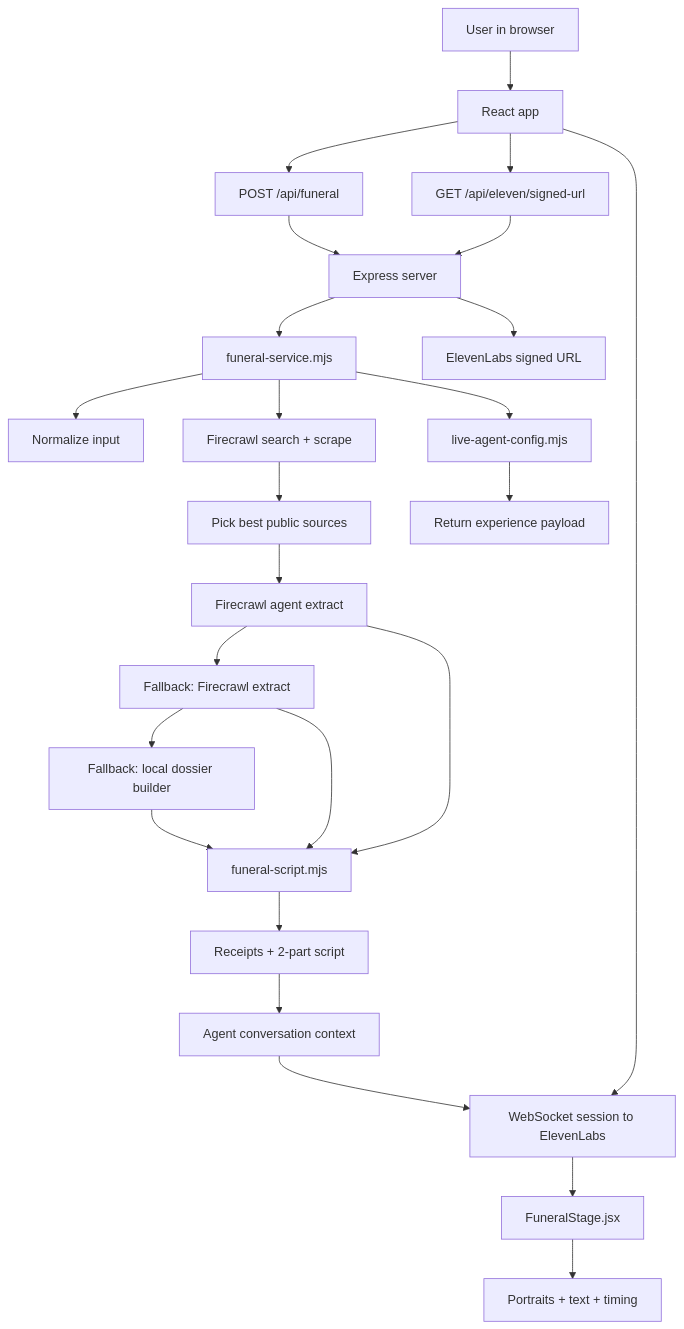
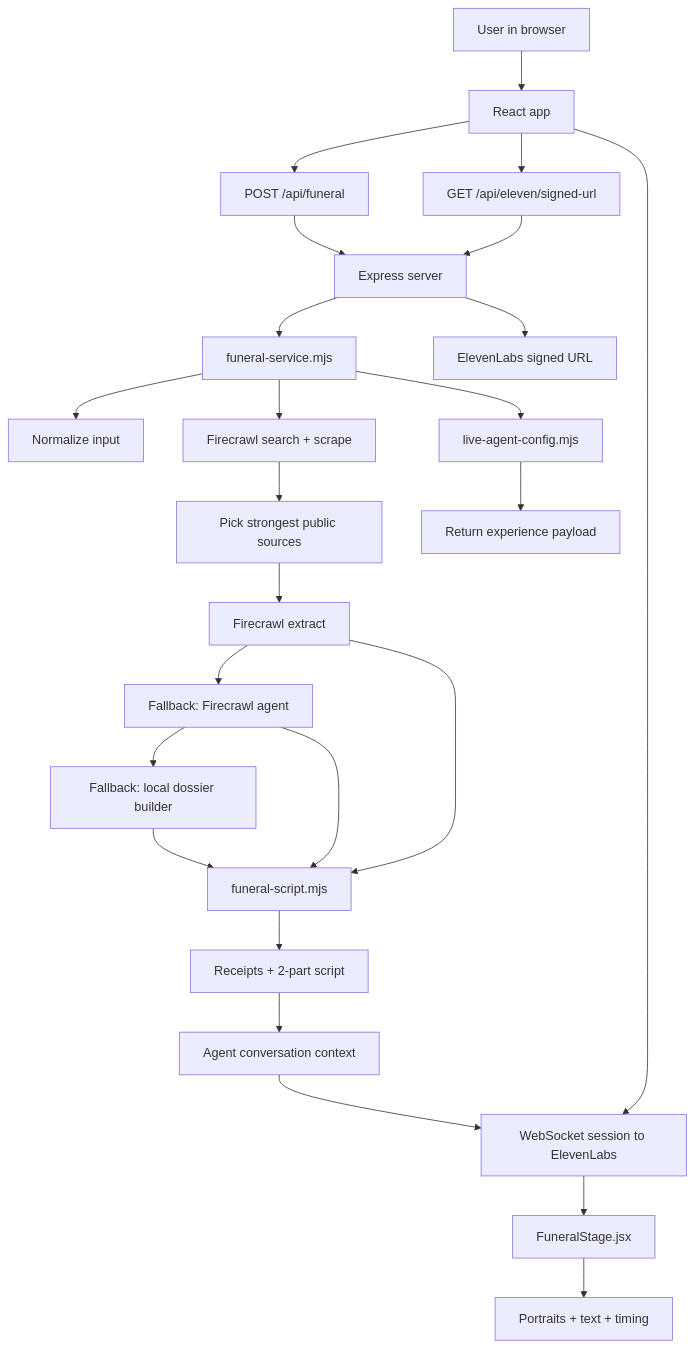
One commit to sivaratrisrinivas/roast changed the diagram in README.md. Above: the diagram before and after it, drawn with Mermaid. The commit also changed other lines of this file and 8 other files, not shown here.

````diff
--- a/README.md
+++ b/README.md
@@ -60,31 +67,31 @@
 ```mermaid
 flowchart TD
     A["User in browser"] --> B["React app"]
     B --> C["POST /api/funeral"]
     C --> D["Express server"]
     D --> E["funeral-service.mjs"]
 
     E --> F["Normalize input"]
     E --> G["Firecrawl search + scrape"]
-    G --> H["Pick best public sources"]
-    H --> I["Firecrawl agent extract"]
-    I --> J["Fallback: Firecrawl extract"]
+    G --> H["Pick strongest public sources"]
+    H --> I["Firecrawl extract"]
+    I --> J["Fallback: Firecrawl agent"]
     J --> K["Fallback: local dossier builder"]
 
     I --> L["funeral-script.mjs"]
     J --> L
     K --> L
 
     L --> M["Receipts + 2-part script"]
     M --> N["Agent conversation context"]
     E --> O["live-agent-config.mjs"]
     O --> P["Return experience payload"]
 
     B --> Q["GET /api/eleven/signed-url"]
     Q --> D
     D --> R["ElevenLabs signed URL"]
     B --> S["WebSocket session to ElevenLabs"]
     N --> S
     S --> T["FuneralStage.jsx"]
     T --> U["Portraits + text + timing"]
 ```
````
